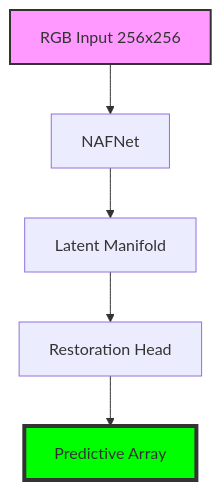
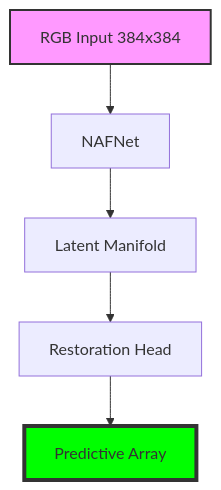
One commit to lemgenda/lemgendary-pretrained-models changed the diagram in nafnet_debluring/README.md. Above: the diagram before and after it, drawn with Mermaid. The commit also changed other lines of this file, not shown here.

Commit message:
docs: add README.md for NAFNet debluring model documentation

````diff
--- a/nafnet_debluring/README.md
+++ b/nafnet_debluring/README.md
@@ -17,10 +17,10 @@
 ```mermaid
 graph TD
-    Input[RGB Input 256x256] --> Backbone[NAFNet]
+    Input[RGB Input 384x384] --> Backbone[NAFNet]
     Backbone --> Manifold[Latent Manifold]
     Manifold --> Head[Restoration Head]
     Head --> Output[Predictive Array]
     
     style Input fill:#f9f,stroke:#333,stroke-width:2px
     style Output fill:#00ff00,stroke:#333,stroke-width:4px
 ```
````
